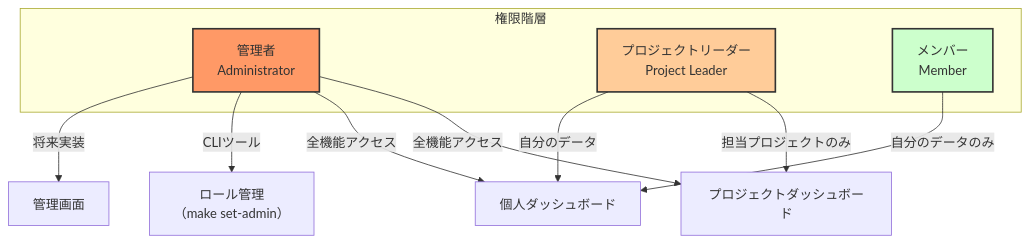
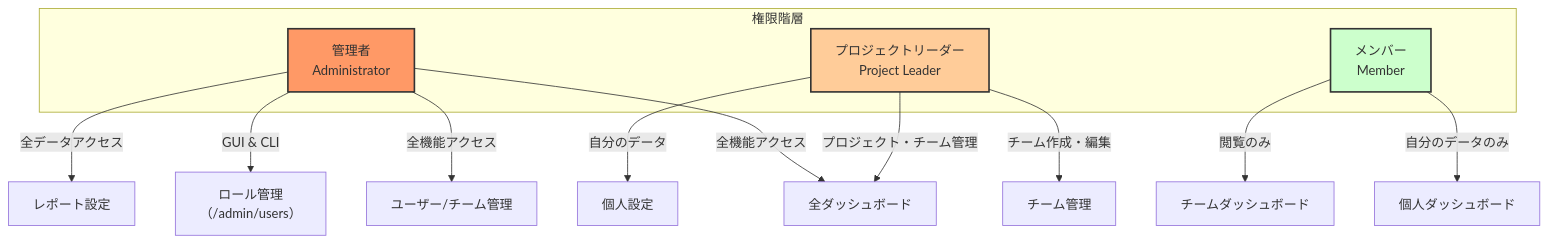
The fifth of 13 diagrams in Doc/mvp.md (rasshii/team-insight), drawn with Mermaid before and after one commit. The commit also changed other lines of this file and 1 other file, not shown here.

````diff
--- a/Doc/mvp.md
+++ b/Doc/mvp.md
@@ -278,22 +323,24 @@
 ```mermaid
 graph TD
     subgraph "権限階層"
         A[管理者<br>Administrator]
         B[プロジェクトリーダー<br>Project Leader]
         C[メンバー<br>Member]
     end
 
-    A -->|全機能アクセス| E[プロジェクトダッシュボード]
-    A -->|全機能アクセス| F[個人ダッシュボード]
-    A -->|CLIツール| G[ロール管理<br>（make set-admin）]
-    A -->|将来実装| H[管理画面]
+    A -->|全機能アクセス| E[全ダッシュボード]
+    A -->|全機能アクセス| F[ユーザー/チーム管理]
+    A -->|GUI & CLI| G[ロール管理<br>（/admin/users）]
+    A -->|全データアクセス| H[レポート設定]
 
-    B -->|担当プロジェクトのみ| E
-    B -->|自分のデータ| F
+    B -->|プロジェクト・チーム管理| E
+    B -->|チーム作成・編集| I[チーム管理]
+    B -->|自分のデータ| J[個人設定]
 
-    C -->|自分のデータのみ| F
+    C -->|自分のデータのみ| K[個人ダッシュボード]
+    C -->|閲覧のみ| L[チームダッシュボード]
 
     style A fill:#f96,stroke:#333,stroke-width:2px
     style B fill:#fc9,stroke:#333,stroke-width:2px
     style C fill:#cfc,stroke:#333,stroke-width:2px
 ```
````
